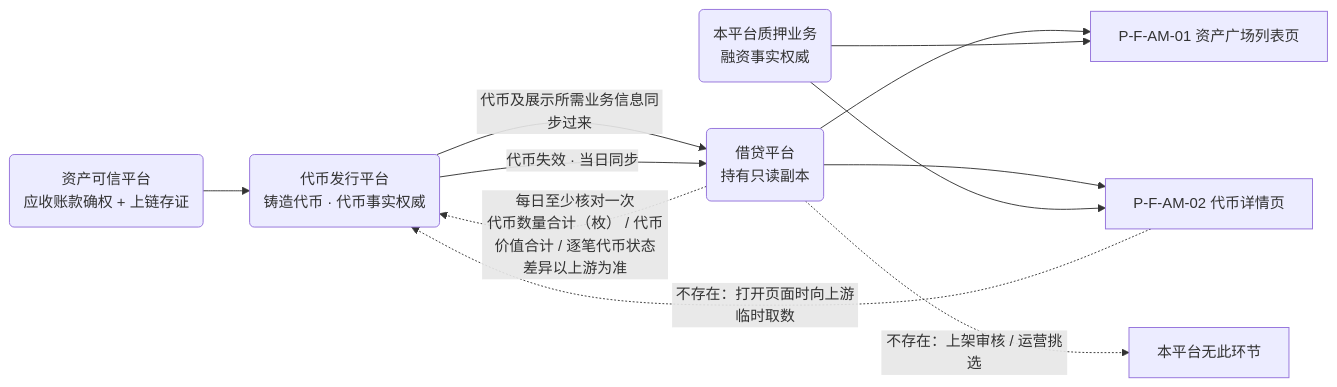
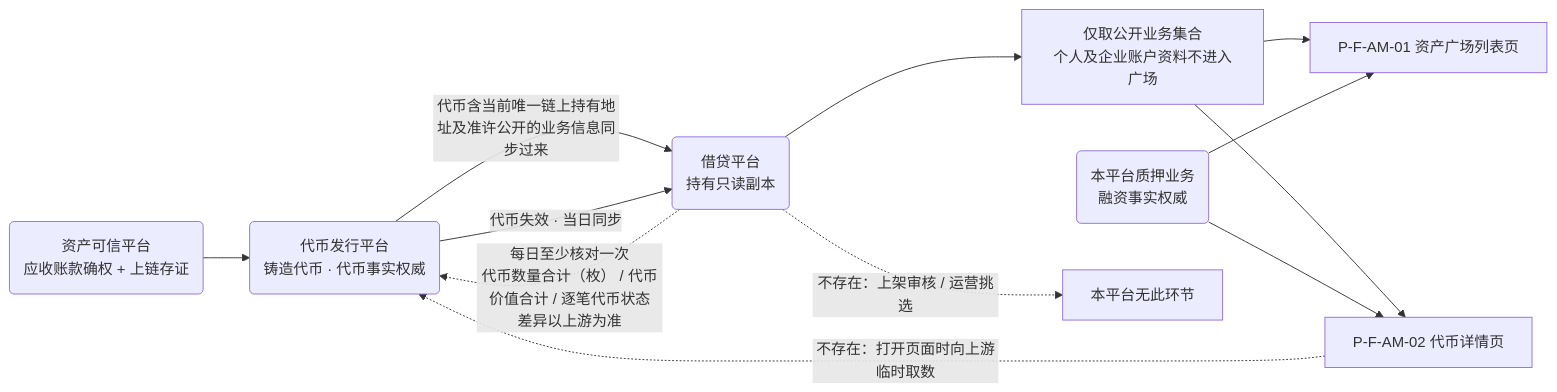
One commit to wxblockchain/Chain-Financing changed the first of 6 diagrams in lending-platform/PRD/v1.0-资产广场-已上架代币只读域/v1.0-资产广场-流程图与状态机.md. Above: the diagram before and after it, drawn with Mermaid. The commit also changed other lines of this file and 4 other files, not shown here.

````diff
--- a/lending-platform/PRD/v1.0-资产广场-已上架代币只读域/v1.0-资产广场-流程图与状态机.md
+++ b/lending-platform/PRD/v1.0-资产广场-已上架代币只读域/v1.0-资产广场-流程图与状态机.md
@@ -26,13 +26,14 @@
 ```mermaid
 flowchart LR
   A1(资产可信平台<br/>应收账款确权 + 上链存证) --> A2(代币发行平台<br/>铸造代币 · 代币事实权威)
-  A2 -->|代币及展示所需业务信息同步过来| B1(借贷平台<br/>持有只读副本)
+  A2 -->|代币含当前唯一链上持有地址及准许公开的业务信息同步过来| B1(借贷平台<br/>持有只读副本)
   A2 -->|代币失效 · 当日同步| B1
-  B1 --> C1[P-F-AM-01 资产广场列表页]
-  B1 --> C2[P-F-AM-02 代币详情页]
+  B1 --> V[仅取公开业务集合<br/>个人及企业账户资料不进入广场]
+  V --> C1[P-F-AM-01 资产广场列表页]
+  V --> C2[P-F-AM-02 代币详情页]
   P1(本平台质押业务<br/>融资事实权威) --> C1
   P1 --> C2
   B1 -.->|每日至少核对一次<br/>代币数量合计（枚） / 代币价值合计 / 逐笔代币状态<br/>差异以上游为准| A2
   B1 -.->|不存在：上架审核 / 运营挑选| GATE["本平台无此环节"]
   C2 -.->|不存在：打开页面时向上游临时取数| A2
 ```
````
